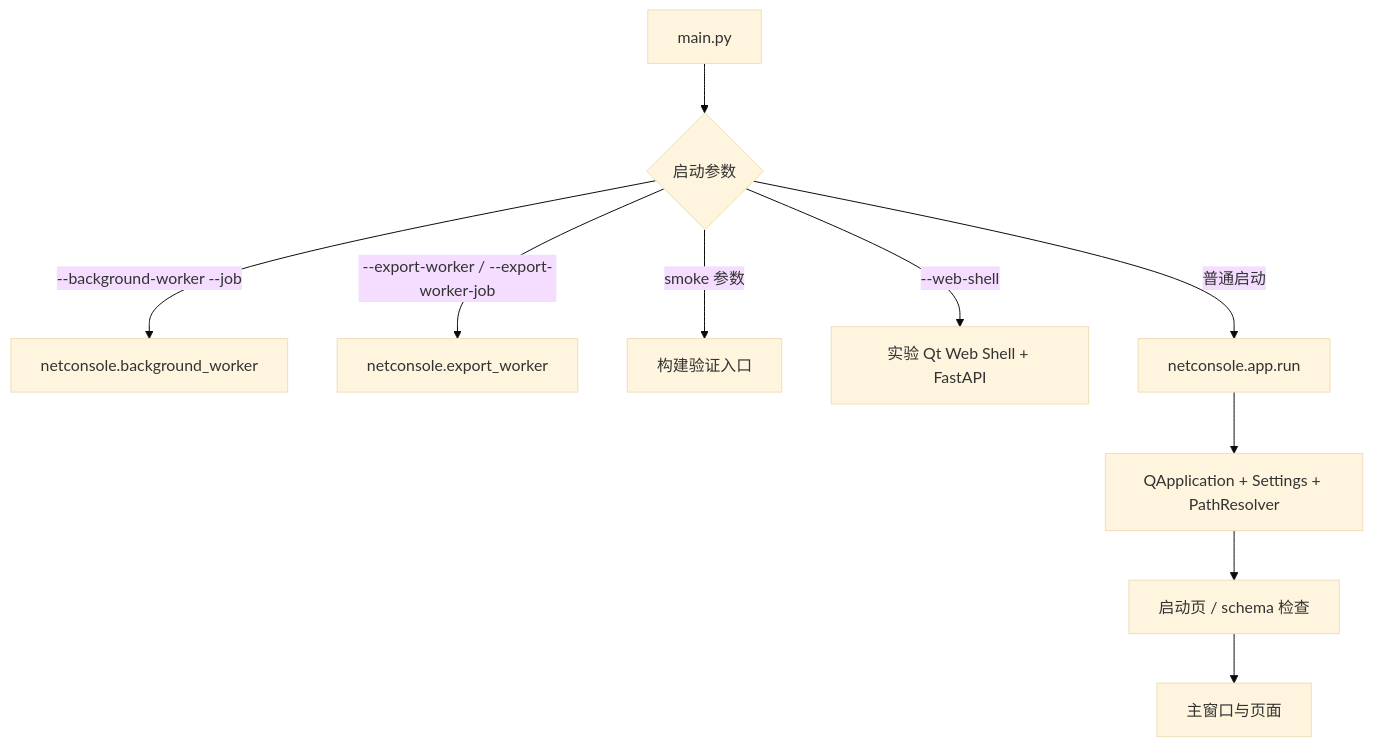
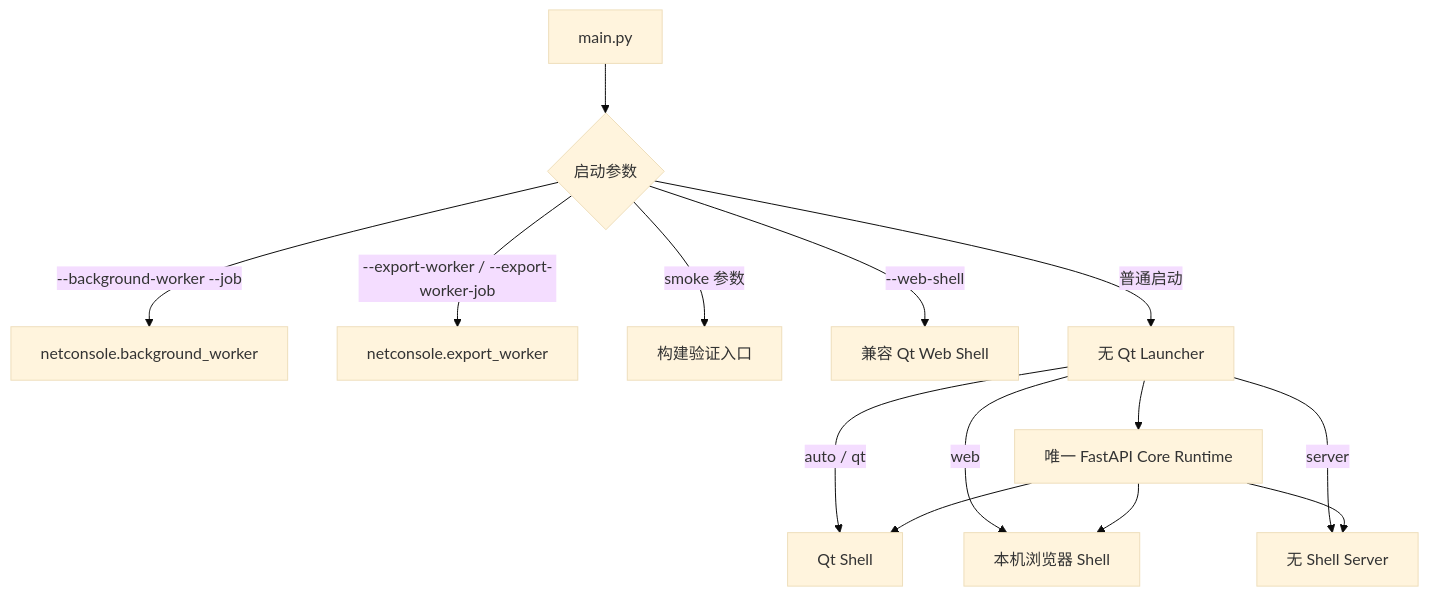
One commit to wxj183589/NetConsole changed the first of 6 diagrams in docs/ARCHITECTURE.md. Above: the diagram before and after it, drawn with Mermaid (base theme). The commit also changed other lines of this file and 29 other files, not shown here.

````diff
--- a/docs/ARCHITECTURE.md
+++ b/docs/ARCHITECTURE.md
@@ -11,12 +11,16 @@
 ```mermaid
 flowchart TD
     MAIN["main.py"] --> MODE{"启动参数"}
     MODE -->|"--background-worker --job"| BJ["netconsole.background_worker"]
     MODE -->|"--export-worker / --export-worker-job"| EW["netconsole.export_worker"]
     MODE -->|"smoke 参数"| SMOKE["构建验证入口"]
-    MODE -->|"--web-shell"| WS["实验 Qt Web Shell + FastAPI"]
-    MODE -->|"普通启动"| APP["netconsole.app.run"]
-    APP --> QT["QApplication + Settings + PathResolver"]
-    QT --> SPLASH["启动页 / schema 检查"]
-    SPLASH --> WIN["主窗口与页面"]
+    MODE -->|"--web-shell"| LEGACY["兼容 Qt Web Shell"]
+    MODE -->|"普通启动"| LAUNCHER["无 Qt Launcher"]
+    LAUNCHER --> CORE["唯一 FastAPI Core Runtime"]
+    LAUNCHER -->|"auto / qt"| QT["Qt Shell"]
+    LAUNCHER -->|"web"| BROWSER["本机浏览器 Shell"]
+    LAUNCHER -->|"server"| NONE["无 Shell Server"]
+    CORE --> QT
+    CORE --> BROWSER
+    CORE --> NONE
 ```
````
